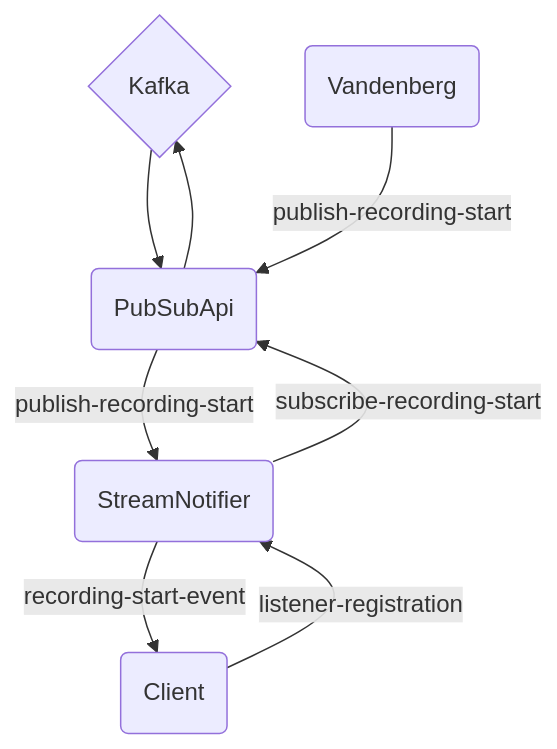
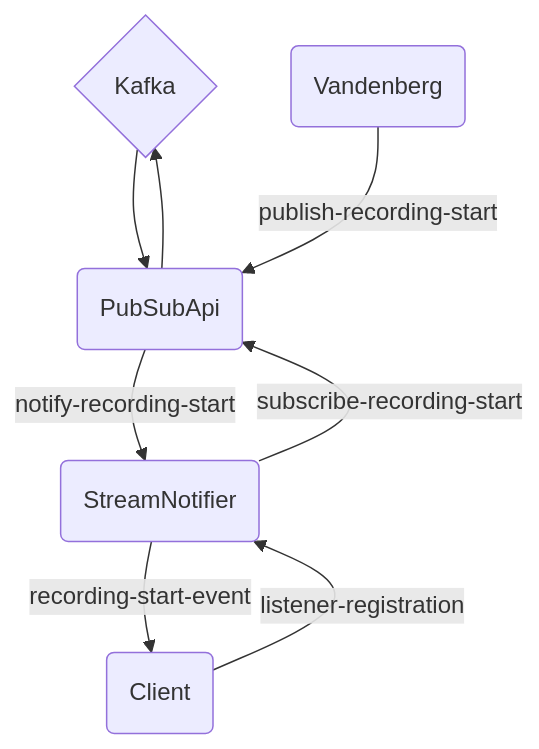
The diagram in async.notifications.md (unicomp23/omni), drawn with Mermaid before and after one commit.

````diff
--- a/async.notifications.md
+++ b/async.notifications.md
@@ -3,10 +3,10 @@
 ```mermaid
 flowchart TD
     Kafka_{Kafka} -->PubSubApi_(PubSubApi)
     PubSubApi_ -->Kafka_
     Vandenberg_(Vandenberg) -->|publish-recording-start| PubSubApi_
-    PubSubApi_ -->|publish-recording-start| StreamNotifier_(StreamNotifier)
+    PubSubApi_ -->|notify-recording-start| StreamNotifier_(StreamNotifier)
     StreamNotifier_ -->|subscribe-recording-start| PubSubApi_
     Client_(Client) -->|listener-registration| StreamNotifier_
     StreamNotifier_ -->|recording-start-event| Client_
 ```
````
